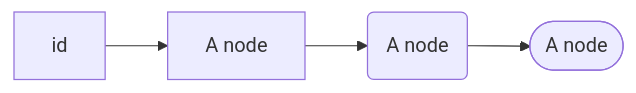
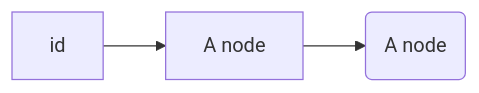
The first of 6 diagrams in mermaid/Examples/Graphs.md (bigtoga/Examples), drawn with Mermaid before and after one commit. The commit also changed other lines of this file, not shown here.

````diff
--- a/mermaid/Examples/Graphs.md
+++ b/mermaid/Examples/Graphs.md
@@ -18,6 +17,5 @@
 ```mermaid
 graph LR    
     id-->id1[A node]
     id1-->id2(A node)
-    id2-->id3([A node])
 ```
````
